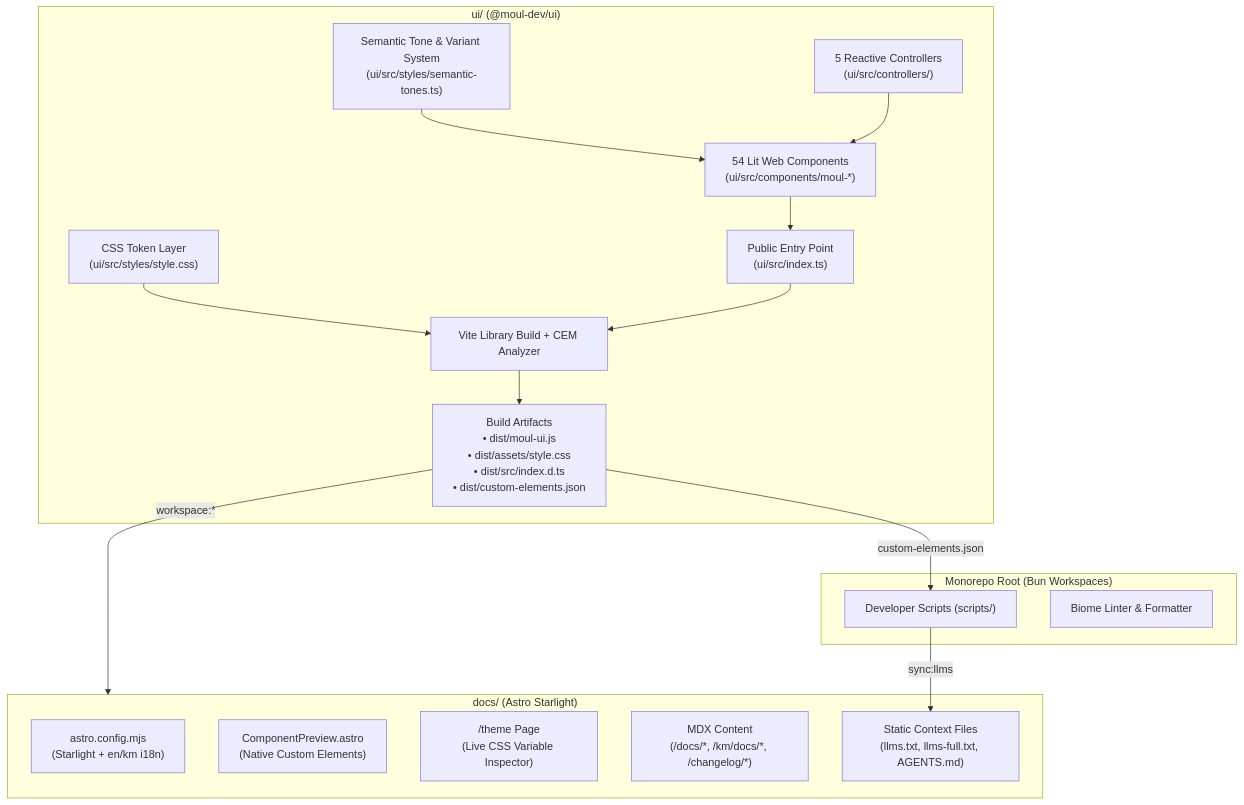
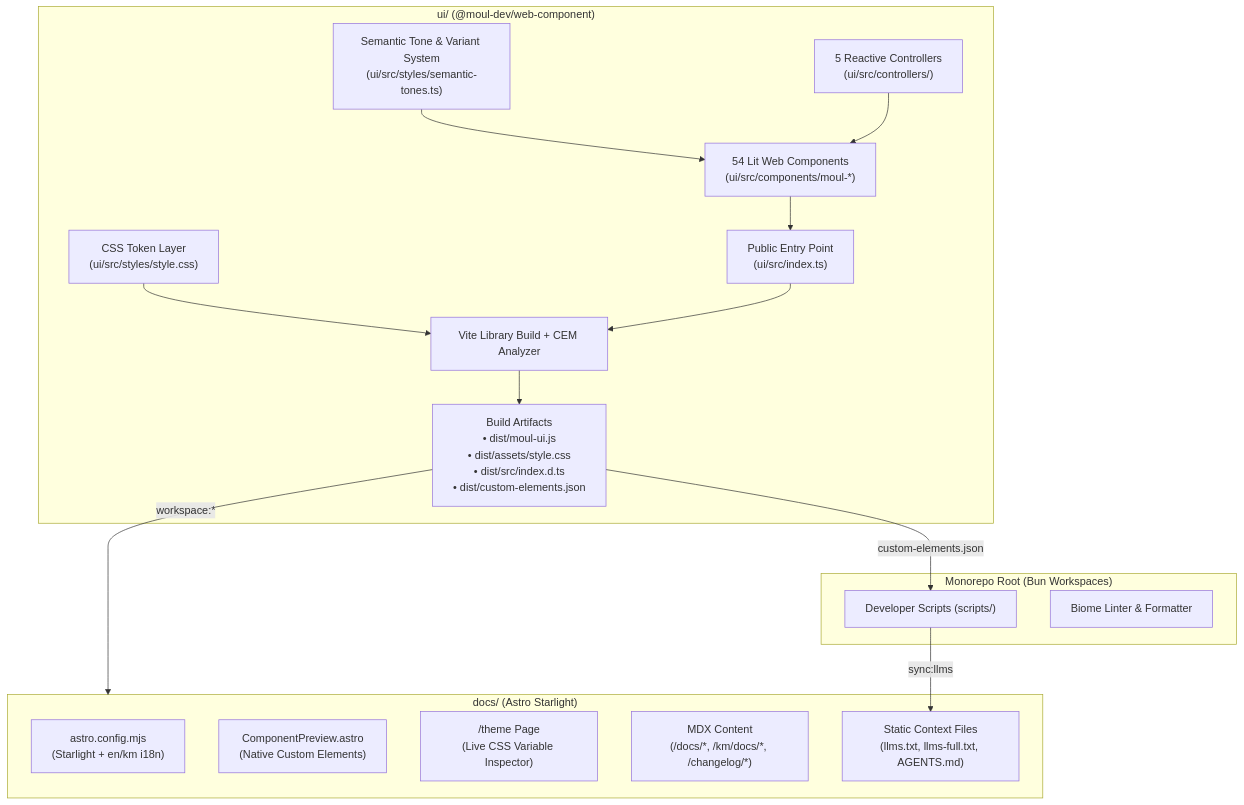
Before and after one commit to moul-dev/ui: the diagram in rdt/design.md, drawn with Mermaid. The commit also changed other lines of this file and 51 other files, not shown here.

````diff
--- a/rdt/design.md
+++ b/rdt/design.md
@@ -15,35 +15,35 @@
 ```mermaid
 flowchart TD
   subgraph Root["Monorepo Root (Bun Workspaces)"]
     Scripts["Developer Scripts (scripts/)"]
     Biome["Biome Linter & Formatter"]
   end
 
-  subgraph UI["ui/ (@moul-dev/ui)"]
+  subgraph UI["ui/ (@moul-dev/web-component)"]
     Tokens["CSS Token Layer\n(ui/src/styles/style.css)"]
     Tones["Semantic Tone & Variant System\n(ui/src/styles/semantic-tones.ts)"]
     Controllers["5 Reactive Controllers\n(ui/src/controllers/)"]
     Components["54 Lit Web Components\n(ui/src/components/moul-*)"]
     Entry["Public Entry Point\n(ui/src/index.ts)"]
     ViteBuild["Vite Library Build + CEM Analyzer"]
     Dist["Build Artifacts\n• dist/moul-ui.js\n• dist/assets/style.css\n• dist/src/index.d.ts\n• dist/custom-elements.json"]
   end
 
   subgraph Docs["docs/ (Astro Starlight)"]
     AstroConfig["astro.config.mjs\n(Starlight + en/km i18n)"]
     Preview["ComponentPreview.astro\n(Native Custom Elements)"]
     ThemeInspector["/theme Page\n(Live CSS Variable Inspector)"]
     Content["MDX Content\n(/docs/*, /km/docs/*, /changelog/*)"]
     LLMFiles["Static Context Files\n(llms.txt, llms-full.txt, AGENTS.md)"]
   end
 
   Tokens --> ViteBuild
   Tones --> Components
   Controllers --> Components
   Components --> Entry
   Entry --> ViteBuild
   ViteBuild --> Dist
   Dist -->|"workspace:*"| Docs
   Dist -->|"custom-elements.json"| Scripts
   Scripts -->|"sync:llms"| LLMFiles
 ```
````
